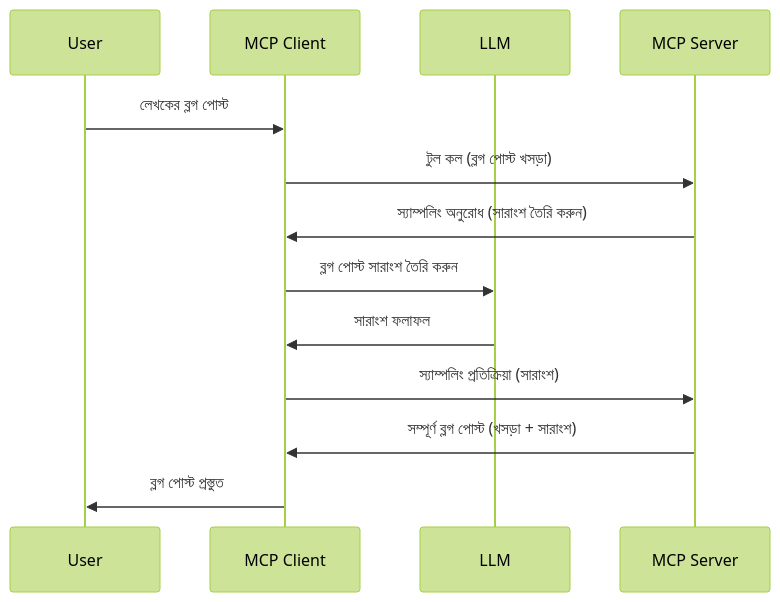
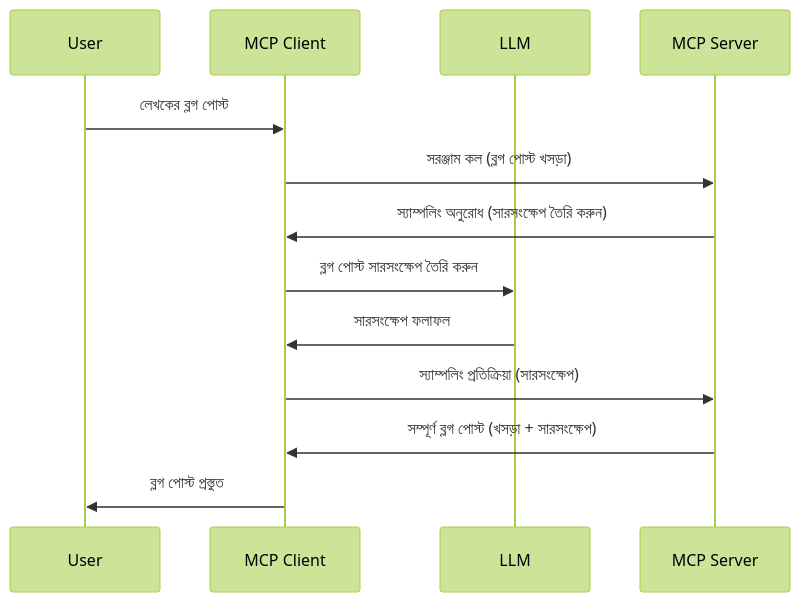
The diagram in mcp_ecosystem__model_context_protocol/mcp_learning_resources/mcp-for-beginners/translations/bn/03-GettingStarted/14-sampling/README.md (HIDORAKAI002/ai-workspace-archive), drawn with Mermaid (forest theme) before and after one commit. The commit also changed other lines of this file and 5721 other files, not shown here.

Commit message:
chore(sync): update MCP Python SDK, MCP TypeScript SDK, Supabase MCP, Kubernetes MCP Server, Git MCP, MCP Agent, Awesome ChatGPT Prompts, Langfuse, +62 more

````diff
--- a/mcp_ecosystem__model_context_protocol/mcp_learning_resources/mcp-for-beginners/translations/bn/03-GettingStarted/14-sampling/README.md
+++ b/mcp_ecosystem__model_context_protocol/mcp_learning_resources/mcp-for-beginners/translations/bn/03-GettingStarted/14-sampling/README.md
@@ -25,16 +27,16 @@
 ```mermaid
 sequenceDiagram
     participant User
     participant MCP Client
     participant LLM
     participant MCP Server
 
     User->>MCP Client: লেখকের ব্লগ পোস্ট
-    MCP Client->>MCP Server: টুল কল (ব্লগ পোস্ট খসড়া)
-    MCP Server->>MCP Client: স্যাম্পলিং অনুরোধ (সারাংশ তৈরি করুন)
-    MCP Client->>LLM: ব্লগ পোস্ট সারাংশ তৈরি করুন
-    LLM->>MCP Client: সারাংশ ফলাফল
-    MCP Client->>MCP Server: স্যাম্পলিং প্রতিক্রিয়া (সারাংশ)
-    MCP Server->>MCP Client: সম্পূর্ণ ব্লগ পোস্ট (খসড়া + সারাংশ)
+    MCP Client->>MCP Server: সরঞ্জাম কল (ব্লগ পোস্ট খসড়া)
+    MCP Server->>MCP Client: স্যাম্পলিং অনুরোধ (সারসংক্ষেপ তৈরি করুন)
+    MCP Client->>LLM: ব্লগ পোস্ট সারসংক্ষেপ তৈরি করুন
+    LLM->>MCP Client: সারসংক্ষেপ ফলাফল
+    MCP Client->>MCP Server: স্যাম্পলিং প্রতিক্রিয়া (সারসংক্ষেপ)
+    MCP Server->>MCP Client: সম্পূর্ণ ব্লগ পোস্ট (খসড়া + সারসংক্ষেপ)
     MCP Client->>User: ব্লগ পোস্ট প্রস্তুত
 ```
````
